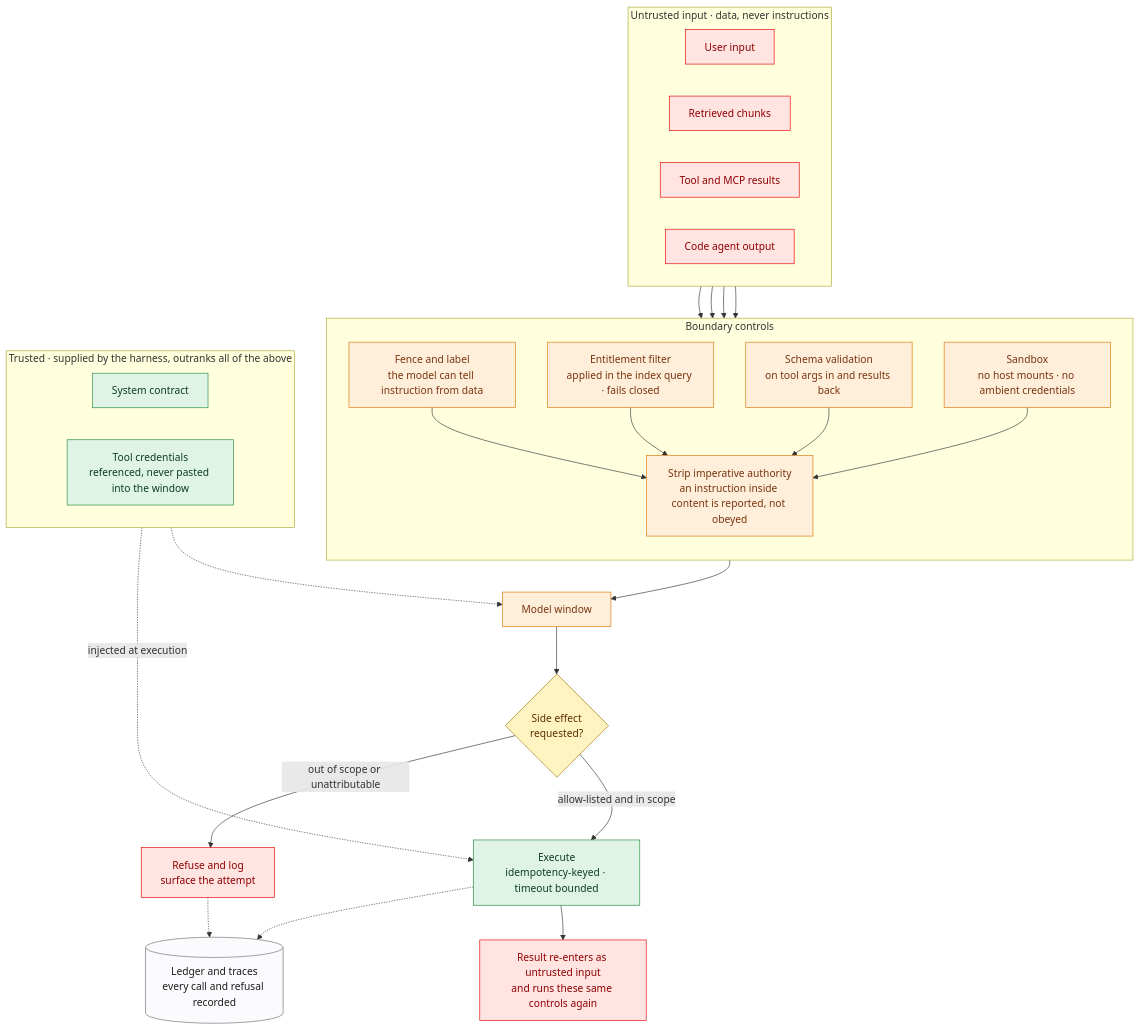
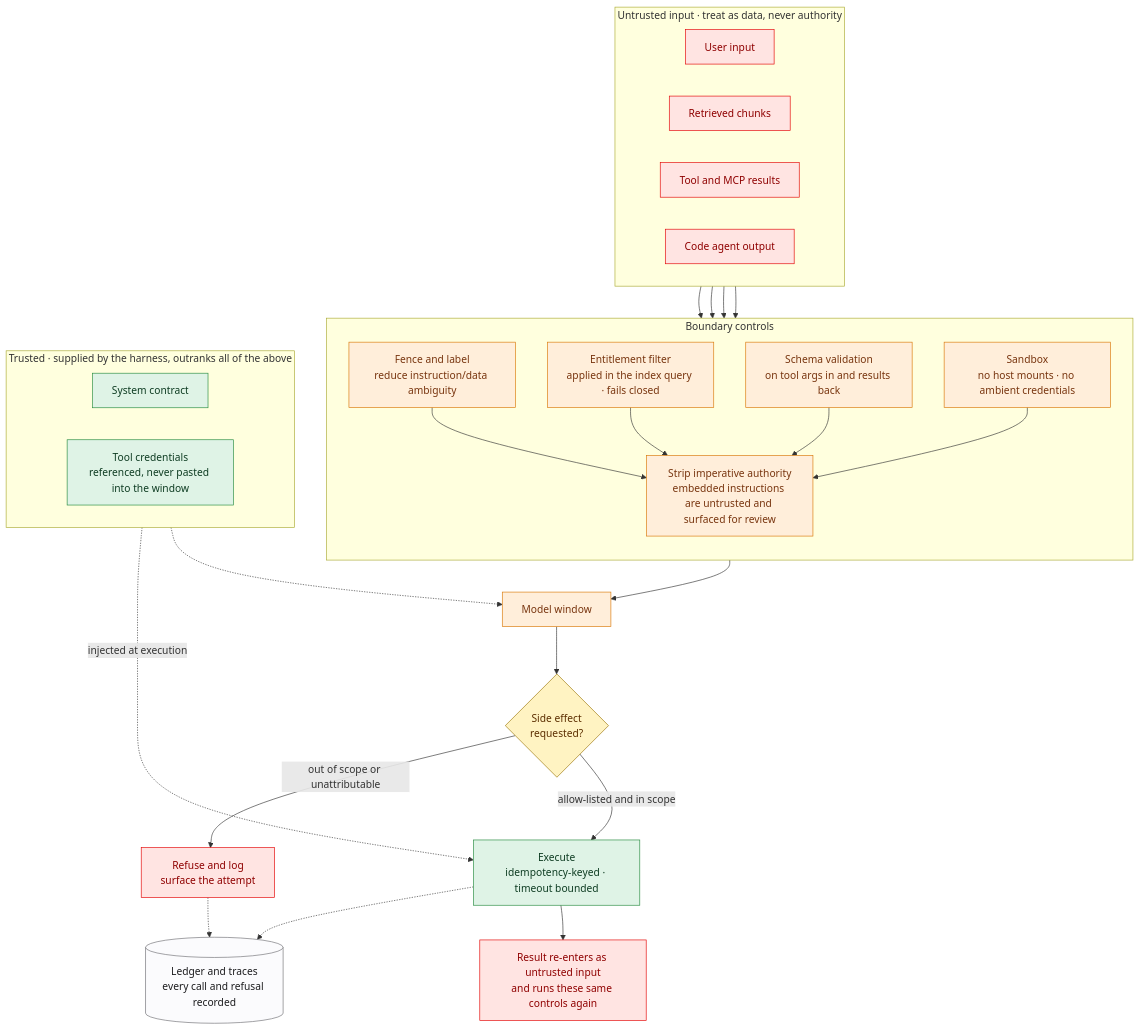
Before and after one commit to mlvpatel/open-weight-agent-stack: the eighth of 18 diagrams in MANUAL.md, drawn with Mermaid. The commit also changed other lines of this file and 11 other files, not shown here.

````diff
--- a/MANUAL.md
+++ b/MANUAL.md
@@ -728,64 +729,64 @@
 ```mermaid
 flowchart TB
-    subgraph UNTRUSTED["Untrusted input · data, never instructions"]
+    subgraph UNTRUSTED["Untrusted input · treat as data, never authority"]
         direction LR
         U1["User input"]
         U2["Retrieved chunks"]
         U3["Tool and MCP results"]
         U4["Code agent output"]
     end
 
     subgraph DEFENCE["Boundary controls"]
         direction TB
-        D1["Fence and label<br/>the model can tell instruction from data"]
-        D2["Strip imperative authority<br/>an instruction inside content is reported, not obeyed"]
+        D1["Fence and label<br/>reduce instruction/data ambiguity"]
+        D2["Strip imperative authority<br/>embedded instructions are untrusted and surfaced for review"]
         D3["Entitlement filter<br/>applied in the index query · fails closed"]
         D4["Schema validation<br/>on tool args in and results back"]
         D5["Sandbox<br/>no host mounts · no ambient credentials"]
     end
 
     subgraph TRUSTED["Trusted · supplied by the harness, outranks all of the above"]
         direction LR
         T1["System contract"]
         T2["Tool credentials<br/>referenced, never pasted into the window"]
     end
 
     MODEL["Model window"]
     EGRESS{"Side effect<br/>requested?"}
     ACT["Execute<br/>idempotency-keyed · timeout bounded"]
     DENY["Refuse and log<br/>surface the attempt"]
     REENTER["Result re-enters as untrusted input<br/>and runs these same controls again"]
     LEDGER[("Ledger and traces<br/>every call and refusal recorded")]
 
     U1 --> D1
     U2 --> D3
     U3 --> D4
     U4 --> D5
     D1 --> D2
     D3 --> D2
     D4 --> D2
     D5 --> D2
     D2 --> MODEL
     T1 -.-> MODEL
     T2 -.->|injected at execution| ACT
 
     MODEL --> EGRESS
     EGRESS -->|allow-listed and in scope| ACT
     EGRESS -->|out of scope or unattributable| DENY
     ACT --> REENTER
     ACT -.-> LEDGER
     DENY -.-> LEDGER
 
     classDef untrusted fill:#ffe4e2,stroke:#e30000,color:#8f0000
     classDef control fill:#ffeeda,stroke:#d97706,color:#78350f
     classDef trusted fill:#dff3e6,stroke:#248a3d,color:#0f3d23
     classDef decision fill:#fff3c2,stroke:#997404,color:#5c2e00
     classDef store fill:#fbfbfd,stroke:#6e6e73,color:#1d1d1f
 
     class U1,U2,U3,U4,REENTER untrusted
     class D1,D2,D3,D4,D5,MODEL control
     class T1,T2,ACT trusted
     class EGRESS decision
     class DENY untrusted
     class LEDGER store
 ```
````
